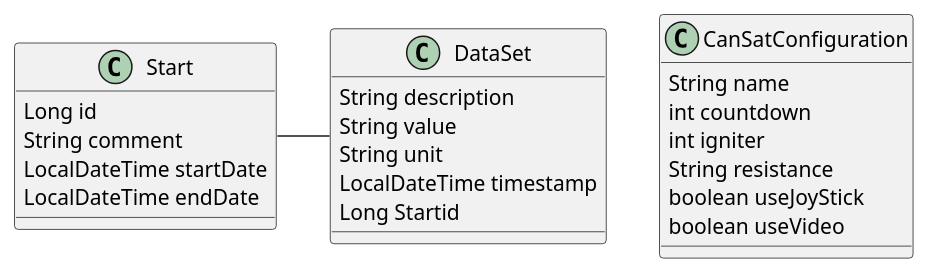
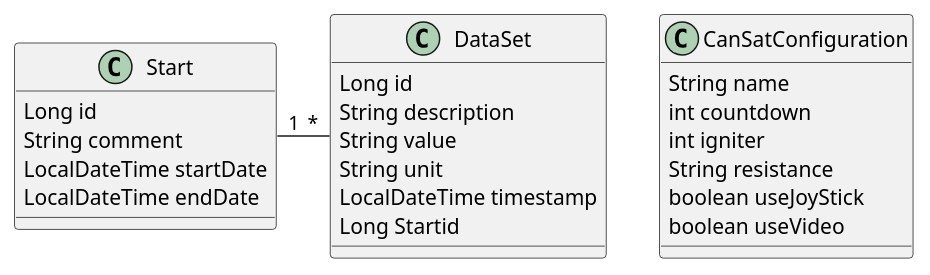
One commit to htl-leonding-project/rocketman changed the first of 4 diagrams in asciidocs/ahif/system-specification.adoc. Above: the diagram before and after it, drawn with PlantUML. The commit also changed other lines of this file and 1 other file, not shown here.

Commit message:
add ERD close #66

```diff
--- a/asciidocs/ahif/system-specification.adoc
+++ b/asciidocs/ahif/system-specification.adoc
@@ -63,28 +63,29 @@
 [plantuml,classdiagram, png]
 ----
 @startuml
 class CanSatConfiguration{
     String name
     int countdown
     int igniter
     String resistance
     boolean useJoyStick
     boolean useVideo
 }
 class DataSet{
+    Long id
     String description
     String value
     String unit
     LocalDateTime timestamp
     Long Startid
 }
 class Start{
     Long id
     String comment
     LocalDateTime startDate
     LocalDateTime endDate
 }
 
-Start -right- DataSet
+Start "1" -right- "*" DataSet
 @enduml
 ----
```
